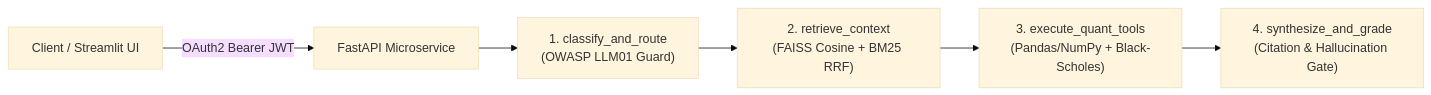
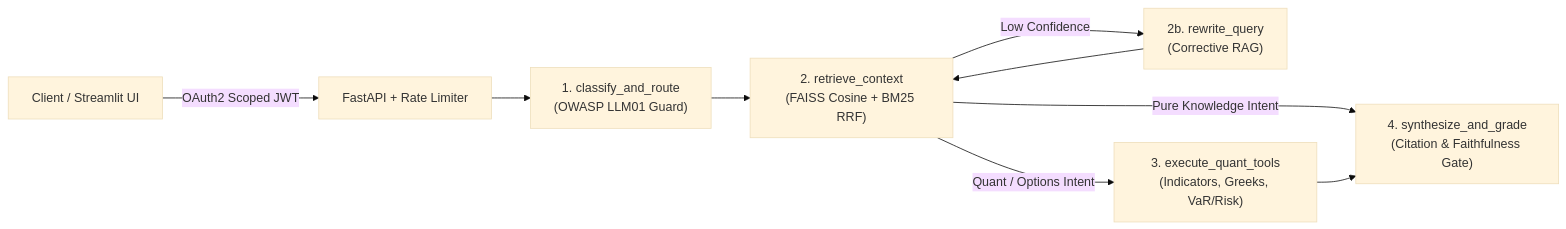
One commit to saiuttejr/finpulse-agent changed the diagram in README.md. Above: the diagram before and after it, drawn with Mermaid (base theme). The commit also changed other lines of this file and 17 other files, not shown here.

````diff
--- a/README.md
+++ b/README.md
@@ -17,8 +17,11 @@
 ```mermaid
 flowchart LR
-    UI["Client / Streamlit UI"] -->|OAuth2 Bearer JWT| FastAPI["FastAPI Microservice"]
+    UI["Client / Streamlit UI"] -->|OAuth2 Scoped JWT| FastAPI["FastAPI + Rate Limiter"]
     FastAPI --> Route["1. classify_and_route\n(OWASP LLM01 Guard)"]
     Route --> Retrieve["2. retrieve_context\n(FAISS Cosine + BM25 RRF)"]
-    Retrieve --> Quant["3. execute_quant_tools\n(Pandas/NumPy + Black-Scholes)"]
-    Quant --> Grade["4. synthesize_and_grade\n(Citation & Hallucination Gate)"]
+    Retrieve -->|Low Confidence| Rewrite["2b. rewrite_query\n(Corrective RAG)"]
+    Rewrite --> Retrieve
+    Retrieve -->|Quant / Options Intent| Quant["3. execute_quant_tools\n(Indicators, Greeks, VaR/Risk)"]
+    Retrieve -->|Pure Knowledge Intent| Grade["4. synthesize_and_grade\n(Citation & Faithfulness Gate)"]
+    Quant --> Grade
 ```
````
